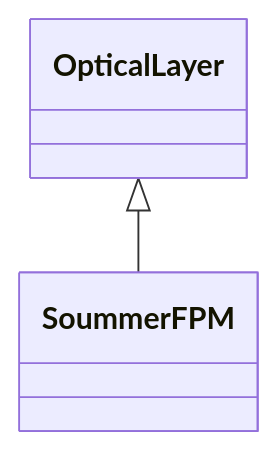
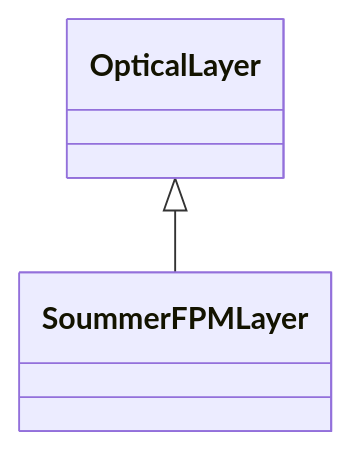
The diagram in docs/API/layers/coronagraphy.md (LouisDesdoigts/dLux), drawn with Mermaid before and after one commit. The commit also changed other lines of this file and 160 other files, not shown here.

````diff
--- a/docs/API/layers/coronagraphy.md
+++ b/docs/API/layers/coronagraphy.md
@@ -7,7 +7,8 @@
 ```mermaid
 classDiagram
-    class dLux_layers_coronagraphy_SoummerFPM["SoummerFPM"]
+    direction TB
+    class dLux_layers_coronagraphy_SoummerFPMLayer["SoummerFPMLayer"]
     class dLux_layers_optical_OpticalLayer["OpticalLayer"]
-    dLux_layers_optical_OpticalLayer <|-- dLux_layers_coronagraphy_SoummerFPM
-    click dLux_layers_coronagraphy_SoummerFPM href "#dLux.layers.coronagraphy.SoummerFPM" "Attributes: optic, propagator · Methods: apply_mono()"
+    dLux_layers_optical_OpticalLayer <|-- dLux_layers_coronagraphy_SoummerFPMLayer
+    click dLux_layers_coronagraphy_SoummerFPMLayer href "#dLux.layers.coronagraphy.SoummerFPMLayer" "Attributes: optic, propagator · Methods: __init__(), apply_mono(), return_to_pupil()"
 ```
````
